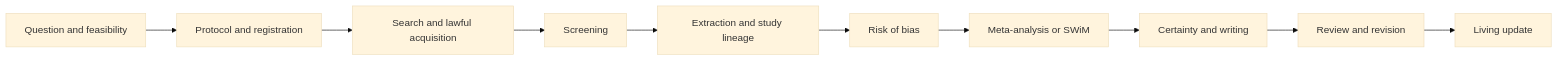
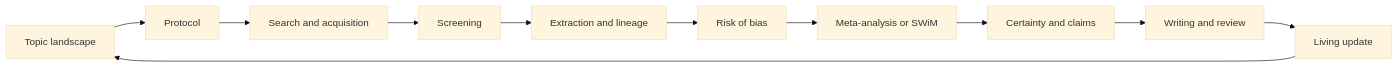
One commit to fsy2004/MetaWingman changed the diagram in README.md. Above: the diagram before and after it, drawn with Mermaid (base theme). The commit also changed other lines of this file and 24 other files, not shown here.

````diff
--- a/README.md
+++ b/README.md
@@ -121,12 +66,13 @@
 ```mermaid
 flowchart LR
-    A[Question and feasibility] --> B[Protocol and registration]
-    B --> C[Search and lawful acquisition]
-    C --> D[Screening]
-    D --> E[Extraction and study lineage]
-    E --> F[Risk of bias]
-    F --> G[Meta-analysis or SWiM]
-    G --> H[Certainty and writing]
-    H --> I[Review and revision]
-    I --> J[Living update]
+    T[Topic landscape] --> P[Protocol]
+    P --> S[Search and acquisition]
+    S --> C[Screening]
+    C --> E[Extraction and lineage]
+    E --> R[Risk of bias]
+    R --> M[Meta-analysis or SWiM]
+    M --> G[Certainty and claims]
+    G --> W[Writing and review]
+    W --> U[Living update]
+    U --> T
 ```
````
